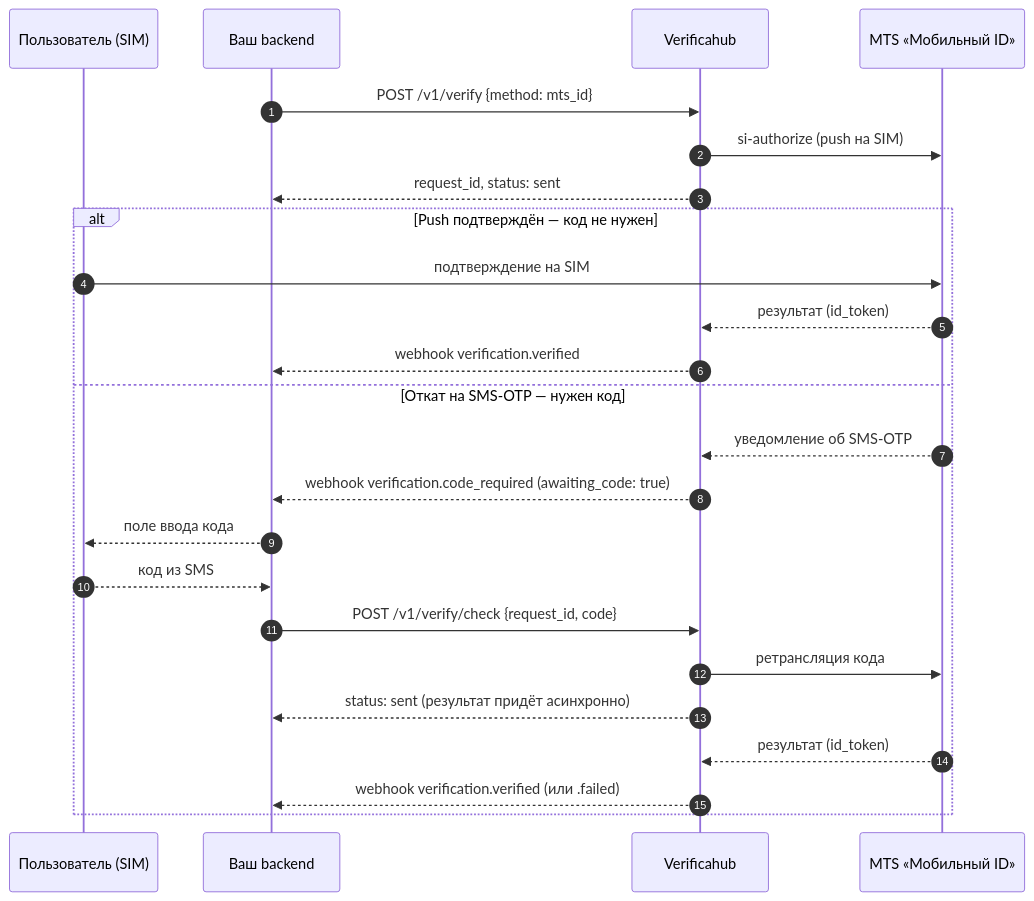
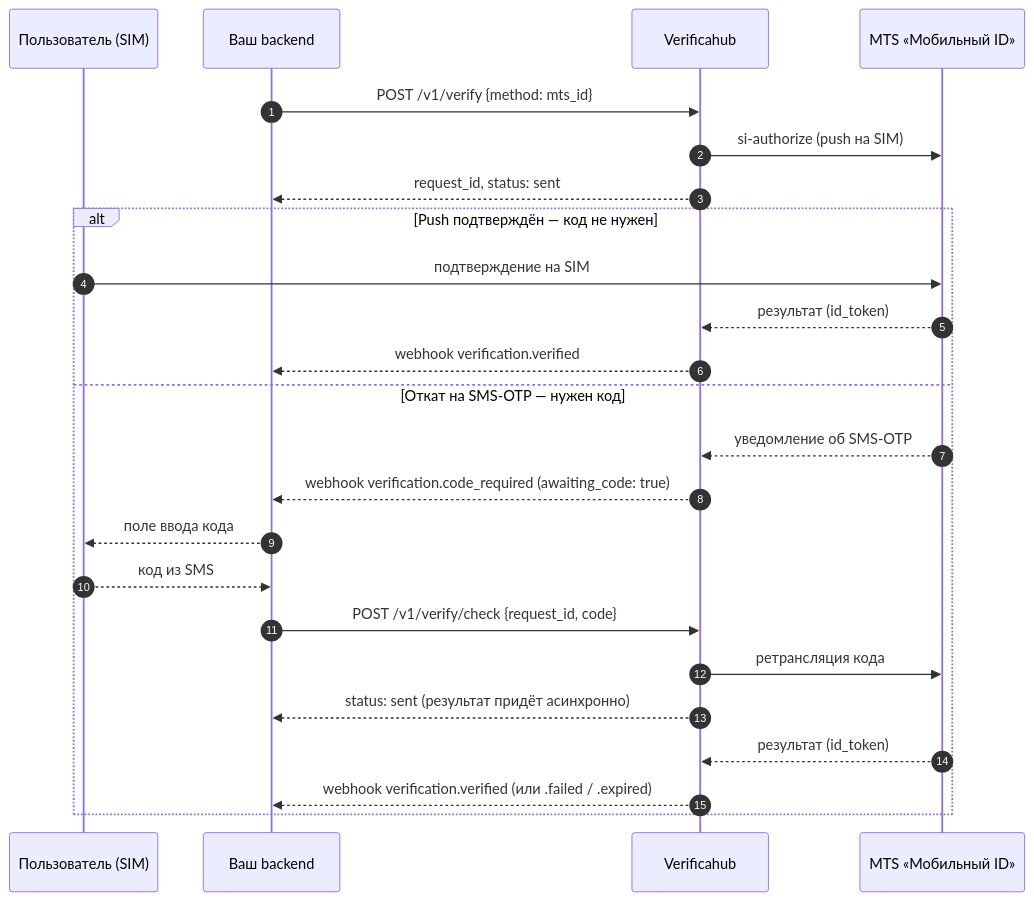
The fourth of 4 diagrams in docs/integration/flows.md (verificahub/verificahub-docs), drawn with Mermaid before and after one commit. The commit also changed other lines of this file and 7 other files, not shown here.

````diff
--- a/docs/integration/flows.md
+++ b/docs/integration/flows.md
@@ -116,26 +116,26 @@
 ```mermaid
 sequenceDiagram
     autonumber
     participant U as Пользователь (SIM)
     participant App as Ваш backend
     participant VH as Verificahub
     participant MTS as MTS «Мобильный ID»
     App->>VH: POST /v1/verify {method: mts_id}
     VH->>MTS: si-authorize (push на SIM)
     VH-->>App: request_id, status: sent
     alt Push подтверждён — код не нужен
         U->>MTS: подтверждение на SIM
         MTS-->>VH: результат (id_token)
         VH-->>App: webhook verification.verified
     else Откат на SMS-OTP — нужен код
         MTS-->>VH: уведомление об SMS-OTP
         VH-->>App: webhook verification.code_required (awaiting_code: true)
         App-->>U: поле ввода кода
         U-->>App: код из SMS
         App->>VH: POST /v1/verify/check {request_id, code}
         VH->>MTS: ретрансляция кода
         VH-->>App: status: sent (результат придёт асинхронно)
         MTS-->>VH: результат (id_token)
-        VH-->>App: webhook verification.verified (или .failed)
+        VH-->>App: webhook verification.verified (или .failed / .expired)
     end
 ```
````
